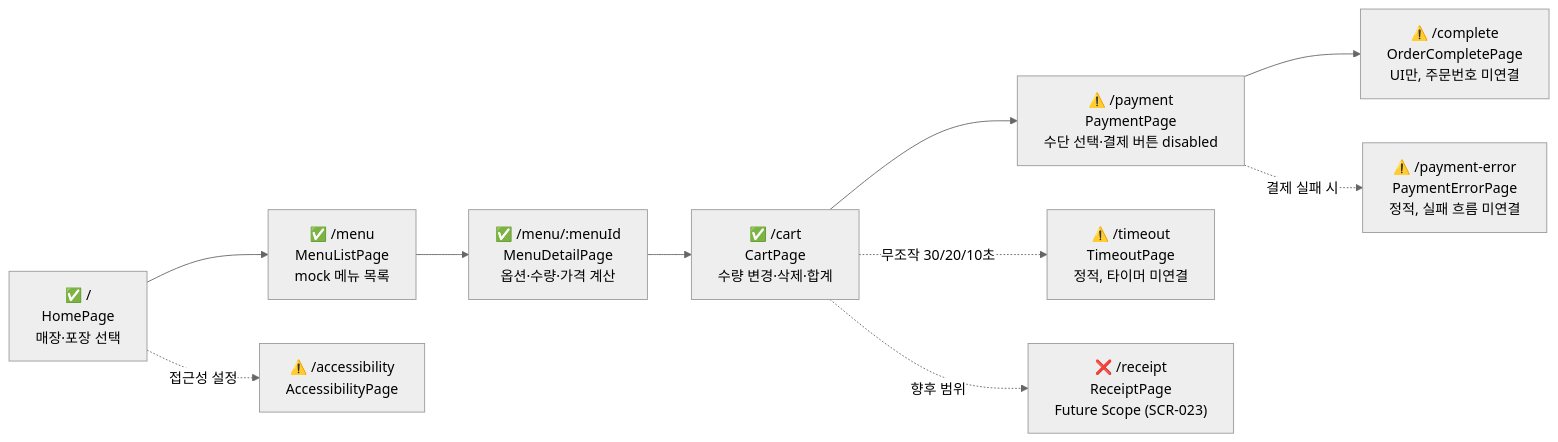
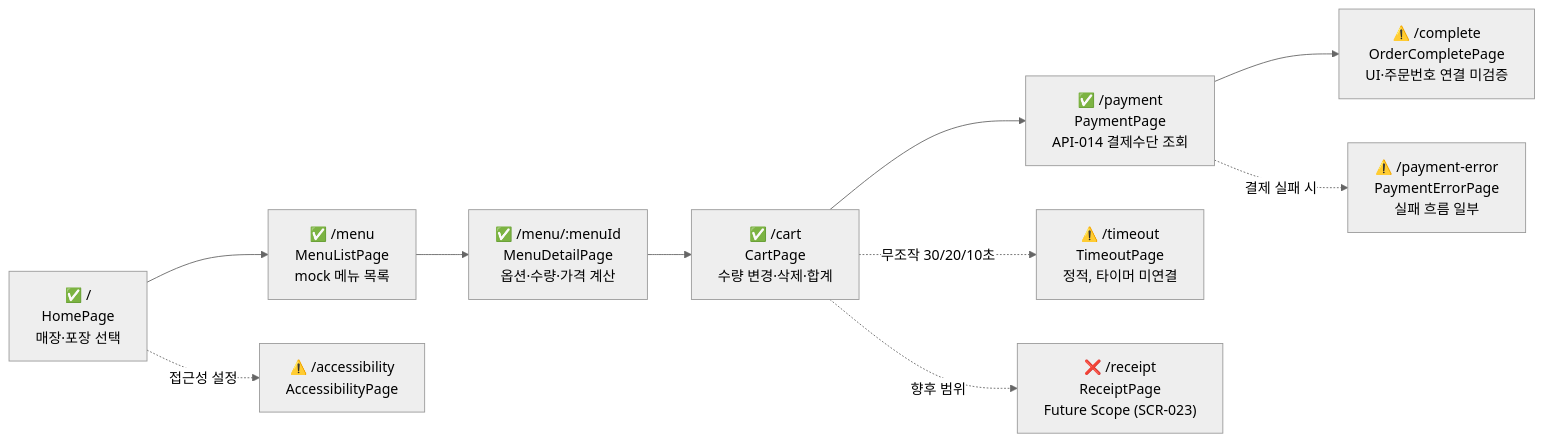
Before and after one commit to hagenie128/ASAK: the second of 6 diagrams in docs/wiki/project-flow.md, drawn with Mermaid (neutral theme). The commit also changed other lines of this file and 14 other files, not shown here.

````diff
--- a/docs/wiki/project-flow.md
+++ b/docs/wiki/project-flow.md
@@ -61,20 +62,20 @@
 ```mermaid
 flowchart LR
     Home["✅ / <br/>HomePage<br/>매장·포장 선택"]
     Menu["✅ /menu<br/>MenuListPage<br/>mock 메뉴 목록"]
     Detail["✅ /menu/:menuId<br/>MenuDetailPage<br/>옵션·수량·가격 계산"]
     Cart["✅ /cart<br/>CartPage<br/>수량 변경·삭제·합계"]
-    Payment["⚠️ /payment<br/>PaymentPage<br/>수단 선택·결제 버튼 disabled"]
-    Complete["⚠️ /complete<br/>OrderCompletePage<br/>UI만, 주문번호 미연결"]
-    PayError["⚠️ /payment-error<br/>PaymentErrorPage<br/>정적, 실패 흐름 미연결"]
+    Payment["✅ /payment<br/>PaymentPage<br/>API-014 결제수단 조회"]
+    Complete["⚠️ /complete<br/>OrderCompletePage<br/>UI·주문번호 연결 미검증"]
+    PayError["⚠️ /payment-error<br/>PaymentErrorPage<br/>실패 흐름 일부"]
     Timeout["⚠️ /timeout<br/>TimeoutPage<br/>정적, 타이머 미연결"]
     A11y["⚠️ /accessibility<br/>AccessibilityPage"]
     Receipt["❌ /receipt<br/>ReceiptPage<br/>Future Scope (SCR-023)"]
 
     Home --> Menu --> Detail --> Cart --> Payment
     Payment --> Complete
     Payment -. 결제 실패 시 .-> PayError
     Cart -. 무조작 30/20/10초 .-> Timeout
     Home -. 접근성 설정 .-> A11y
     Cart -. 향후 범위 .-> Receipt
 ```
````
